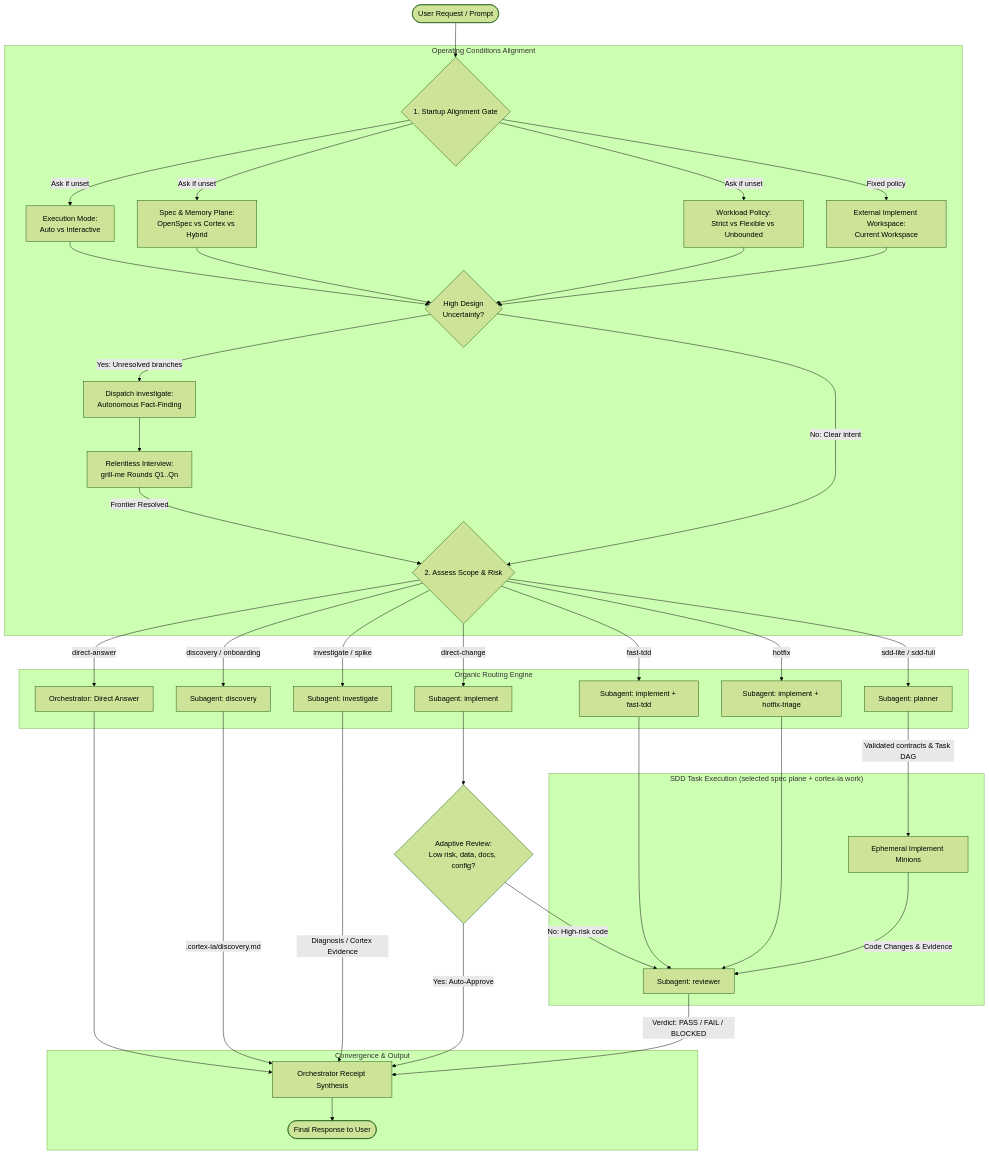
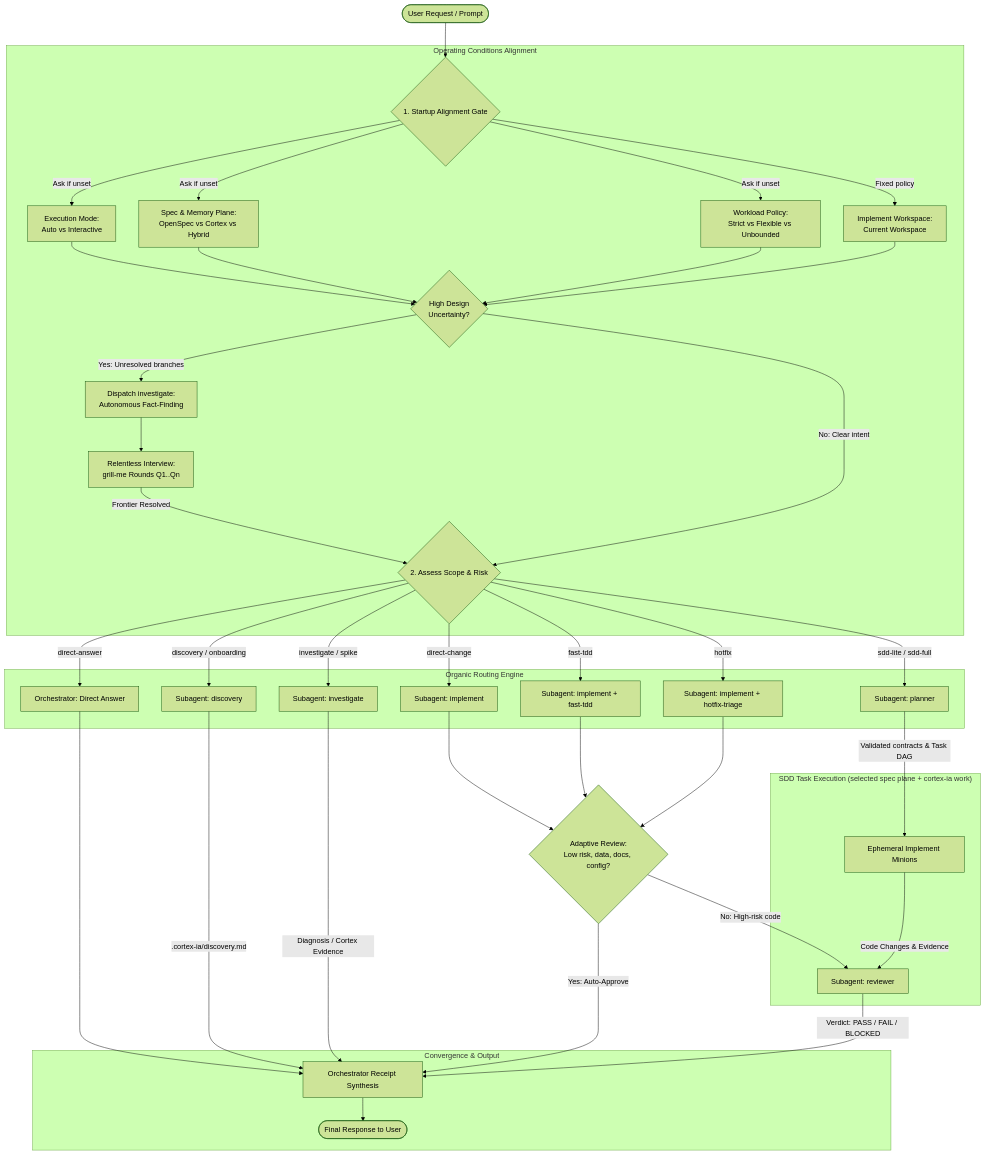
The first of 4 diagrams in internal/assets/skills/opencode2-knowledge/SKILL.md (lleontor705/cortex-ia), drawn with Mermaid (forest theme) before and after one commit. The commit also changed 36 other files, not shown here.

````diff
--- a/internal/assets/skills/opencode2-knowledge/SKILL.md
+++ b/internal/assets/skills/opencode2-knowledge/SKILL.md
@@ -58,50 +58,50 @@
 ```mermaid
 flowchart TD
     User([User Request / Prompt]) --> StartGate{1. Startup Alignment Gate}
     
     subgraph Alignment ["Operating Conditions Alignment"]
         StartGate -->|Ask if unset| ModeChoice[Execution Mode:\nAuto vs Interactive]
         StartGate -->|Ask if unset| PlaneChoice[Spec & Memory Plane:\nOpenSpec vs Cortex vs Hybrid]
         StartGate -->|Ask if unset| WorkloadChoice[Workload Policy:\nStrict vs Flexible vs Unbounded]
-        StartGate -->|Fixed policy| WorkspaceChoice[External Implement Workspace:\nCurrent Workspace]
+        StartGate -->|Fixed policy| WorkspaceChoice[Implement Workspace:\nCurrent Workspace]
         
         ModeChoice --> AmbiguityCheck{High Design\nUncertainty?}
         PlaneChoice --> AmbiguityCheck
         WorkloadChoice --> AmbiguityCheck
         WorkspaceChoice --> AmbiguityCheck
         
         AmbiguityCheck -->|Yes: Unresolved branches| InvFact[Dispatch investigate:\nAutonomous Fact-Finding]
         InvFact --> GrillMe[Relentless Interview:\ngrill-me Rounds Q1..Qn]
         GrillMe -->|Frontier Resolved| RouteDecision{2. Assess Scope & Risk}
         AmbiguityCheck -->|No: Clear intent| RouteDecision
     end
 
     subgraph Routing ["Organic Routing Engine"]
         RouteDecision -->|direct-answer| OrchSelf[Orchestrator: Direct Answer]
         RouteDecision -->|discovery / onboarding| SubDiscovery[Subagent: discovery]
         RouteDecision -->|investigate / spike| SubInv[Subagent: investigate]
         RouteDecision -->|direct-change| SubImpDirect[Subagent: implement]
         RouteDecision -->|fast-tdd| SubImpTDD[Subagent: implement + fast-tdd]
         RouteDecision -->|hotfix| SubImpHotfix[Subagent: implement + hotfix-triage]
         RouteDecision -->|sdd-lite / sdd-full| SubPlan[Subagent: planner]
     end
 
     subgraph SDD_Flow ["SDD Task Execution (selected spec plane + cortex-ia work)"]
         SubPlan -->|Validated contracts & Task DAG| Minions[Ephemeral Implement Minions]
         Minions -->|Code Changes & Evidence| SubRev[Subagent: reviewer]
     end
 
     SubImpDirect --> AutoApproveGate{Adaptive Review:\nLow risk, data, docs, config?}
     AutoApproveGate -->|Yes: Auto-Approve| OrchFinal
     AutoApproveGate -->|No: High-risk code| SubRev
-    SubImpTDD --> SubRev
-    SubImpHotfix --> SubRev
+    SubImpTDD --> AutoApproveGate
+    SubImpHotfix --> AutoApproveGate
 
     subgraph Convergence ["Convergence & Output"]
         SubInv -->|Diagnosis / Cortex Evidence| OrchFinal[Orchestrator Receipt Synthesis]
         SubDiscovery -->|.cortex-ia/discovery.md| OrchFinal
         SubRev -->|Verdict: PASS / FAIL / BLOCKED| OrchFinal
         OrchSelf --> OrchFinal
         OrchFinal --> Done([Final Response to User])
     end
 ```
````
